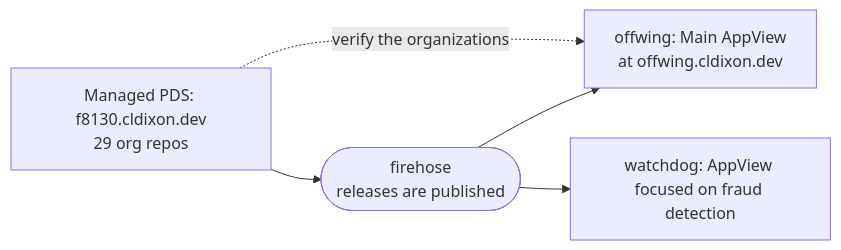
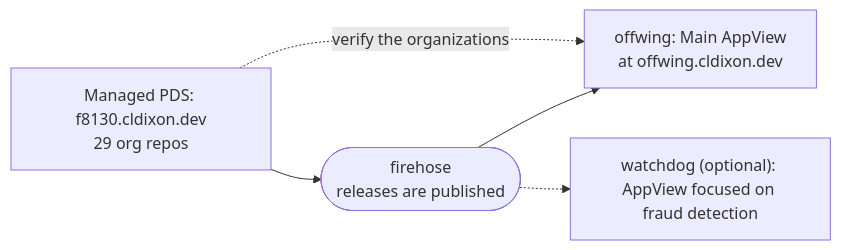
One commit to cldixon/offwing changed the diagram in README.md. Above: the diagram before and after it, drawn with Mermaid. The commit also changed other lines of this file and 2 other files, not shown here.

Commit message:
Document the watchdog as an optional second AppView
The hosted deployment now runs one AppView to cut idle cost: the watchdog,
its firehose consumer and its own Postgres are removed from Railway. The code
stays and is still tested in CI; DEPLOYMENT.md says how to bring it back.

Claude-Session: https://claude.ai/code/session_01WkPSygdRZ4dKwsasb7dzVQ

````diff
--- a/README.md
+++ b/README.md
@@ -30,15 +30,15 @@
 ```mermaid
 flowchart LR
     REPOS["Managed PDS: f8130.cldixon.dev<br/>29 org repos"]
 
     FH(["firehose<br/>releases are published"])
 
     A["offwing: Main AppView<br/>at offwing.cldixon.dev"]
 
-    B["watchdog: AppView focused on fraud detection"]
+    B["watchdog (optional): AppView focused on fraud detection"]
 
     REPOS --> FH
     FH --> A
-    FH --> B
+    FH -.-> B
     REPOS -. "verify the organizations" .-> A
 ```
````
